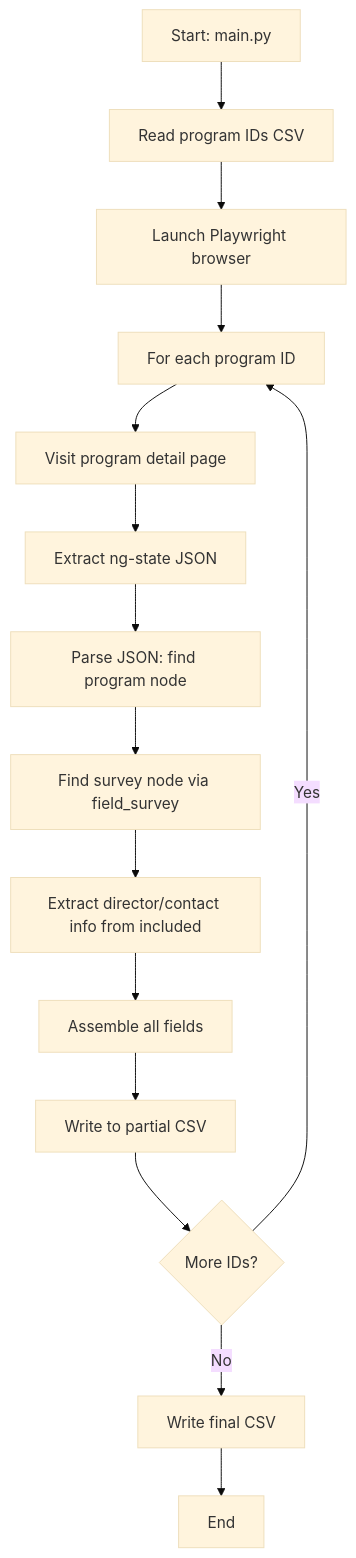
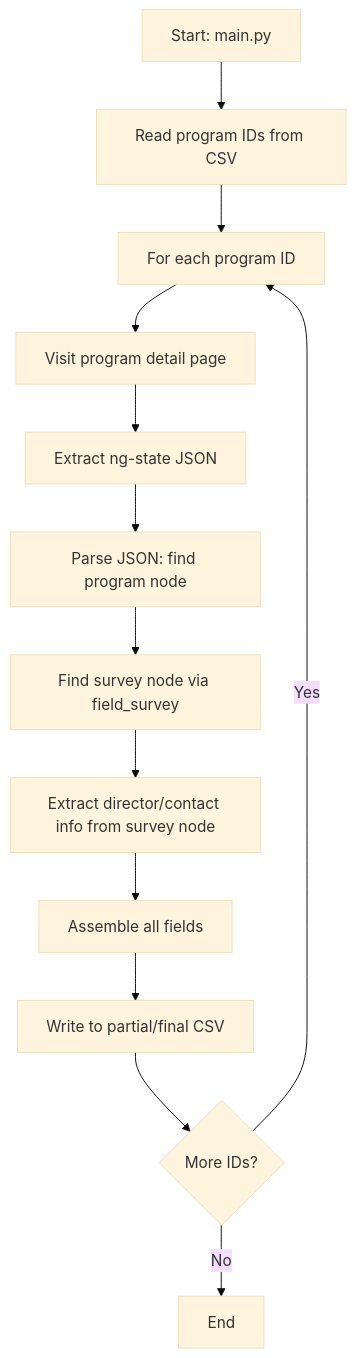
One commit to avinashsvinu/scapper changed the third of 5 diagrams in README.md. Above: the diagram before and after it, drawn with Mermaid (base theme). The commit also changed other lines of this file and 6 other files, not shown here.

Commit message:
docs: finalize README with architecture, flowcharts, commit history, and best practices; update scripts and automation details

````diff
--- a/README.md
+++ b/README.md
@@ -41,17 +67,15 @@
 ```mermaid
 flowchart TD
-    A[Start: main.py] --> B[Read program IDs CSV]
-    B --> C[Launch Playwright browser]
-    C --> D[For each program ID]
-    D --> E[Visit program detail page]
-    E --> F[Extract ng-state JSON]
-    F --> G[Parse JSON: find program node]
-    G --> H[Find survey node via field_survey]
-    H --> I[Extract director/contact info from included]
-    I --> J[Assemble all fields]
-    J --> K[Write to partial CSV]
-    K --> L{More IDs?}
-    L -- Yes --> D
-    L -- No --> M[Write final CSV]
-    M --> N[End]
+    A[Start: main.py] --> B[Read program IDs from CSV]
+    B --> C[For each program ID]
+    C --> D[Visit program detail page]
+    D --> E[Extract ng-state JSON]
+    E --> F[Parse JSON: find program node]
+    F --> G[Find survey node via field_survey]
+    G --> H[Extract director/contact info from survey node]
+    H --> I[Assemble all fields]
+    I --> J[Write to partial/final CSV]
+    J --> K{More IDs?}
+    K -- Yes --> C
+    K -- No --> L[End]
 ```
````
